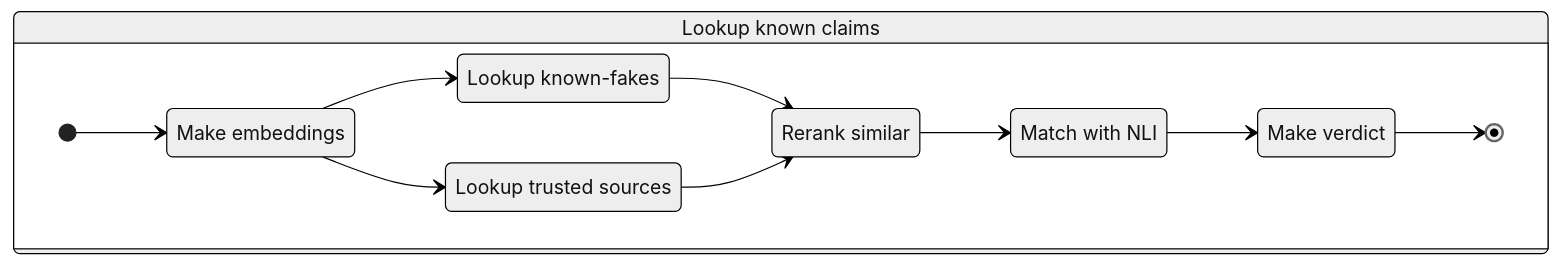
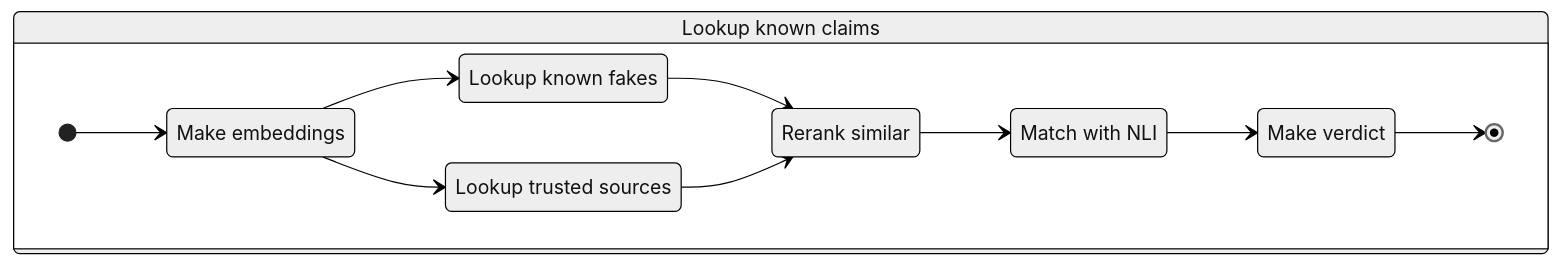
Before and after one commit to marcinsawinski/llm_explore: the sixth of 7 diagrams in process/latex/process_fc.md, drawn with Mermaid. The commit also changed other lines of this file, not shown here.

````diff
--- a/process/latex/process_fc.md
+++ b/process/latex/process_fc.md
@@ -122,25 +174,25 @@
 ```mermaid
 stateDiagram
   direction TB
 %%{init: {'theme':'neutral'}}%%
 %%%
 sources_find: Lookup known claims
 %%%
 generate_embeddings: Make embeddings
-lookup_fakes: Lookup known-fakes
+lookup_fakes: Lookup known fakes
 lookup_trusted: Lookup trusted sources
 lookup_rerank: Rerank similar 
 match_known_nli: Match with NLI
 copy_verdict: Make verdict
 state sources_find {
   direction LR
     [*] --> generate_embeddings
     generate_embeddings --> lookup_fakes
     generate_embeddings --> lookup_trusted
     lookup_fakes --> lookup_rerank
     lookup_trusted--> lookup_rerank
     lookup_rerank --> match_known_nli
     match_known_nli --> copy_verdict
     copy_verdict --> [*]
   }
 ```
````
